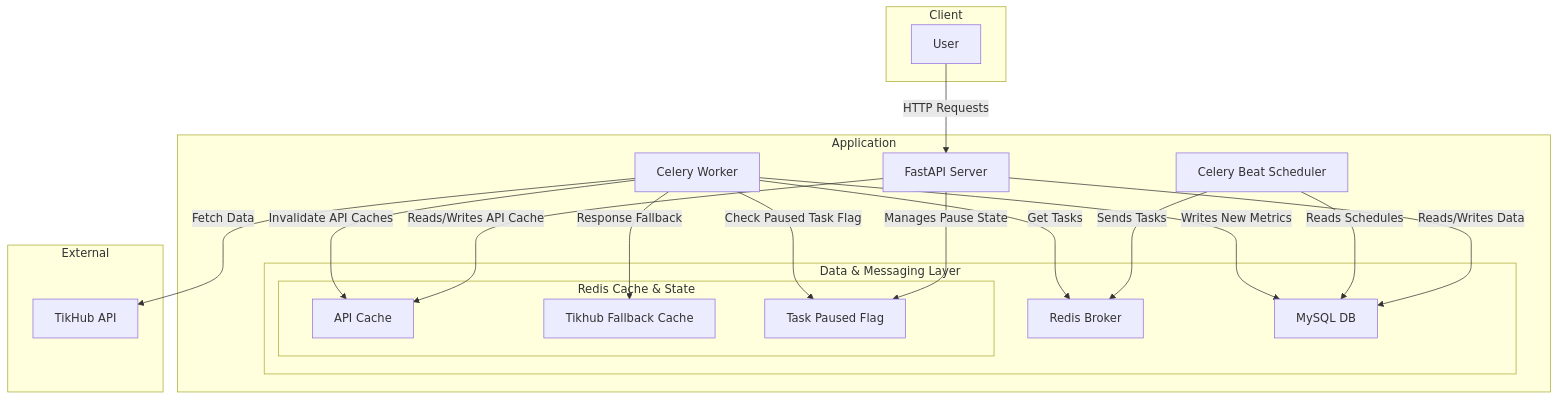
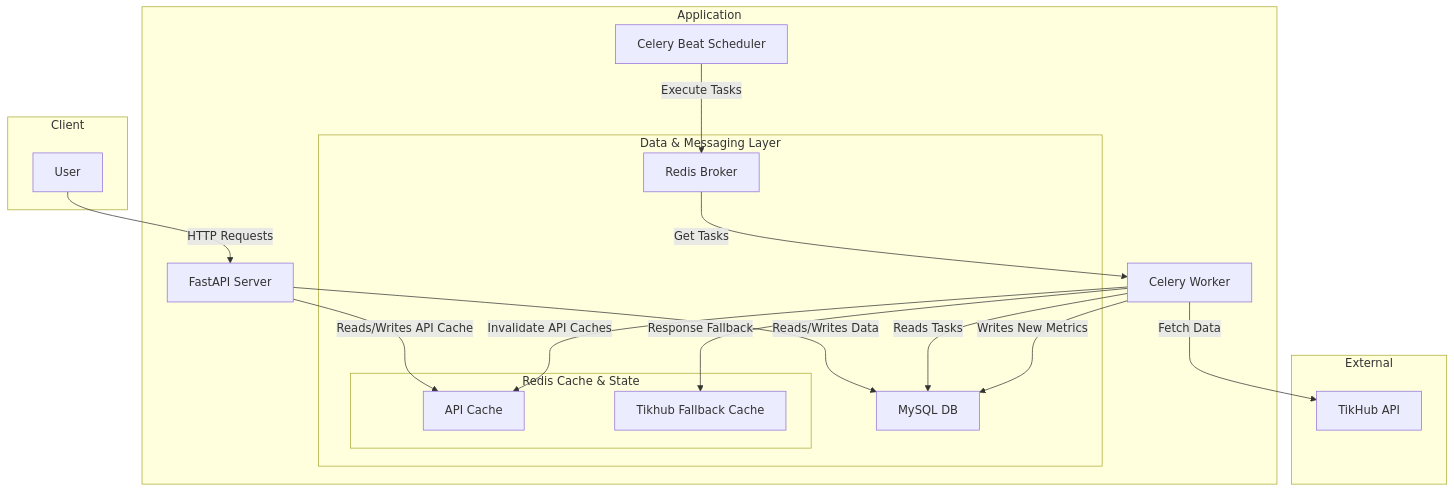
The diagram in Readme.md (mysticvikingr/instagram-monitor), drawn with Mermaid before and after one commit. The commit also changed other lines of this file and 9 other files, not shown here.

Commit message:
Celery scheduler & worker

````diff
--- a/Readme.md
+++ b/Readme.md
@@ -96,46 +100,44 @@
 ```mermaid
 graph TD
     subgraph "Client"
         User[User]
     end
 
     subgraph "Application"
         API[FastAPI Server]
         Scheduler[Celery Beat Scheduler]
         Worker[Celery Worker]
         
         subgraph "Data & Messaging Layer"            
             RedisBroker[Redis Broker]
 
             subgraph "Redis Cache & State"
                 RedisAPICache[API Cache]
                 RedisFallbackCache[Tikhub Fallback Cache]
-                RedisPausedTaskFlag[Task Paused Flag]
             end
             
             MySQL[MySQL DB]
         end
     end
 
     subgraph "External"
         TikHub[TikHub API]
     end
 
     %% High-Level Interactions
 
     User -- HTTP Requests --> API
 
     API -- Reads/Writes API Cache --> RedisAPICache
-    API -- Manages Pause State --> RedisPausedTaskFlag
     API -- Reads/Writes Data --> MySQL
 
-    Scheduler -- Reads Schedules --> MySQL
-    Scheduler -- Sends Tasks --> RedisBroker
+    Scheduler -- Execute Tasks --> RedisBroker
     
-    Worker -- Get Tasks --> RedisBroker
-    Worker -- Check Paused Task Flag --> RedisPausedTaskFlag
+    RedisBroker -- Get Tasks --> Worker
+    Worker -- Reads Tasks --> MySQL
     Worker -- Fetch Data --> TikHub
     Worker -- Response Fallback --> RedisFallbackCache
     Worker -- Invalidate API Caches --> RedisAPICache
     Worker -- Writes New Metrics --> MySQL
+
 ```
````
